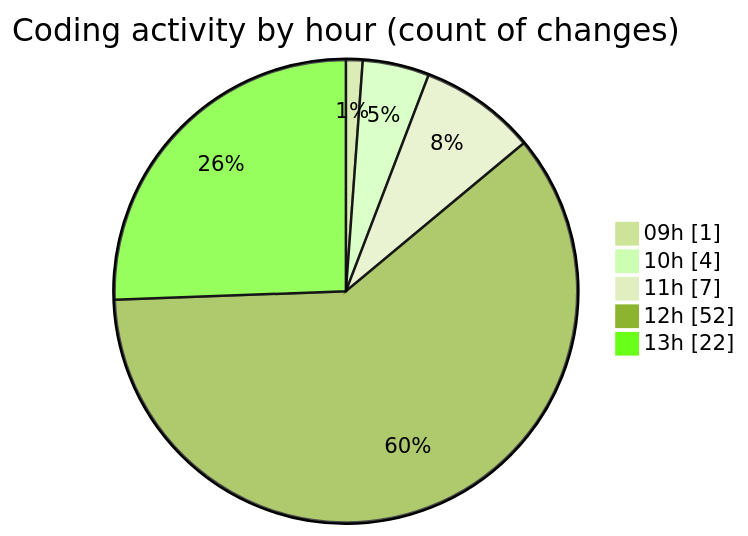
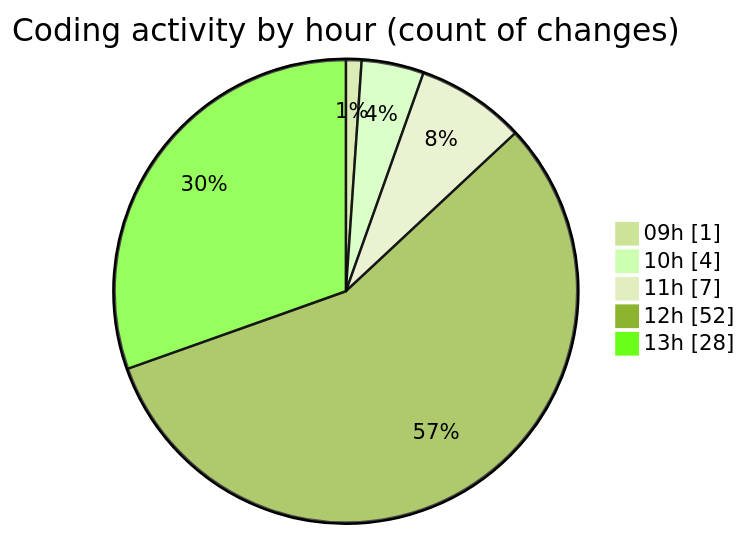
The second of 2 diagrams in 2025-04-07/cda/README.md (momahboobian/code-tracking), drawn with Mermaid (forest theme) before and after one commit. The commit also changed other lines of this file and 1 other file, not shown here.

````diff
--- a/2025-04-07/cda/README.md
+++ b/2025-04-07/cda/README.md
@@ -35,9 +35,9 @@
 ```mermaid
 pie showData
 title Coding activity by hour (count of changes)
 "09h" : 1
 "10h" : 4
 "11h" : 7
 "12h" : 52
-"13h" : 22
+"13h" : 28
 ```
````
